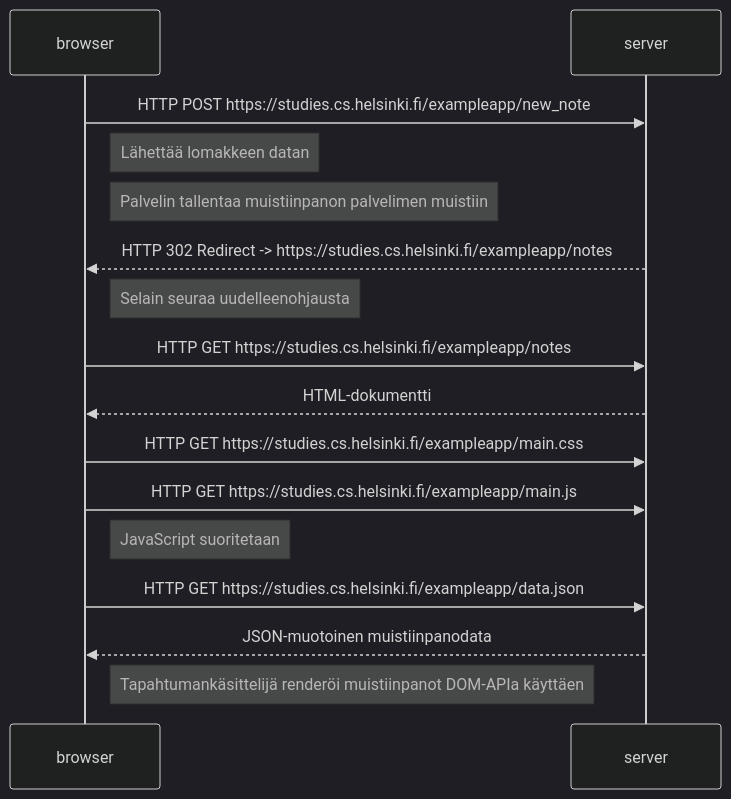
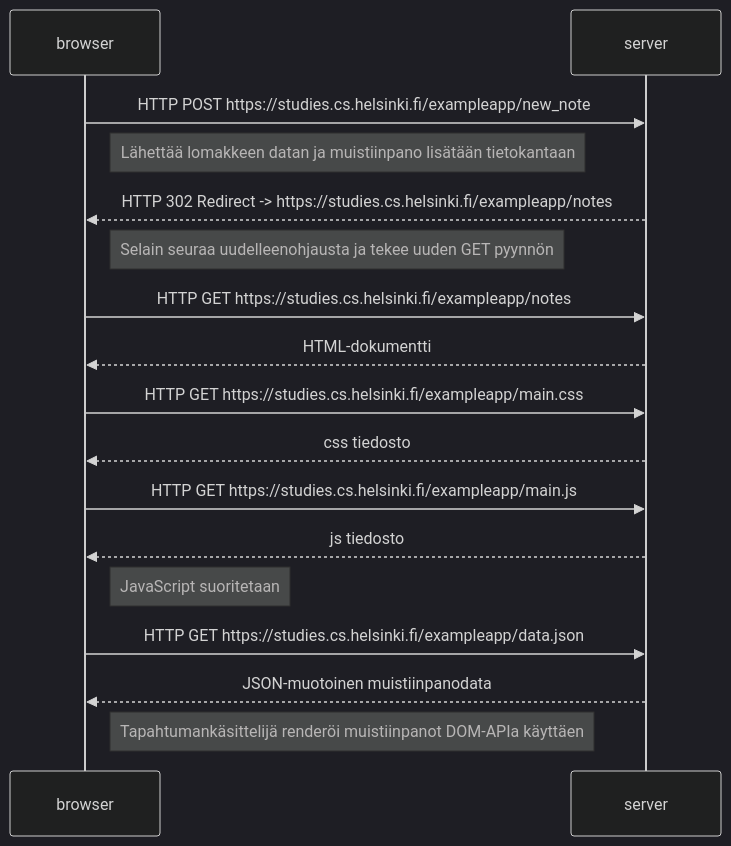
Before and after one commit to tarujohana/Fullstack-palautus: the diagram in osa0/muistiinpano04.md, drawn with Mermaid (dark theme). The commit also changed other lines of this file and 2 other files, not shown here.

Commit message:
palautus tehtävä 0

````diff
--- a/osa0/muistiinpano04.md
+++ b/osa0/muistiinpano04.md
@@ -1,27 +3,28 @@
 ```mermaid
 sequenceDiagram
     participant browser
     participant server
 
     browser->>server: HTTP POST https://studies.cs.helsinki.fi/exampleapp/new_note
-    Note right of browser: Lähettää lomakkeen datan 
+    Note right of browser: Lähettää lomakkeen datan ja muistiinpano lisätään tietokantaan
 
-    Note right of browser: Palvelin tallentaa muistiinpanon palvelimen muistiin
     server-->>browser: HTTP 302 Redirect -> https://studies.cs.helsinki.fi/exampleapp/notes
 
-    Note right of browser: Selain seuraa uudelleenohjausta
+    Note right of browser: Selain seuraa uudelleenohjausta ja tekee uuden GET pyynnön
 
     browser->>server: HTTP GET https://studies.cs.helsinki.fi/exampleapp/notes
     server-->>browser: HTML-dokumentti
 
     browser->>server: HTTP GET https://studies.cs.helsinki.fi/exampleapp/main.css
+    server-->>browser: css tiedosto
     browser->>server: HTTP GET https://studies.cs.helsinki.fi/exampleapp/main.js
+    server-->>browser: js tiedosto
 
     Note right of browser: JavaScript suoritetaan
 
     browser->>server: HTTP GET https://studies.cs.helsinki.fi/exampleapp/data.json
     server-->>browser: JSON-muotoinen muistiinpanodata
 
     Note right of browser: Tapahtumankäsittelijä renderöi muistiinpanot DOM-APIa käyttäen
 
 ```
````
